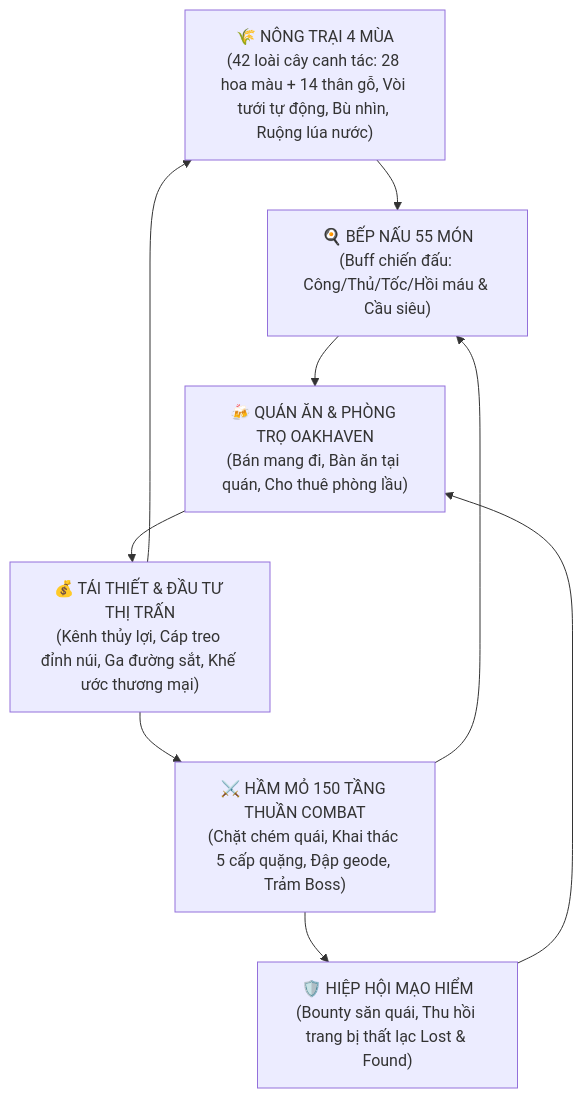
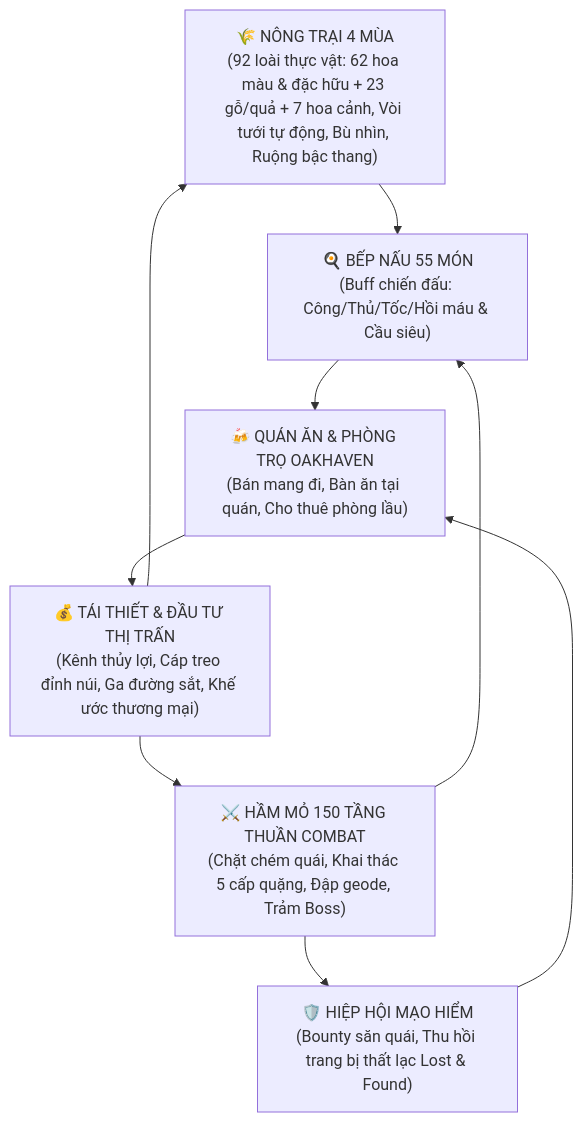
One commit to mquand/rowan-of-oakhaven-wiki changed the diagram in OAKHAVEN_DESIGN_COMPENDIUM.md. Above: the diagram before and after it, drawn with Mermaid. The commit also changed other lines of this file and 17 other files, not shown here.

````diff
--- a/OAKHAVEN_DESIGN_COMPENDIUM.md
+++ b/OAKHAVEN_DESIGN_COMPENDIUM.md
@@ -11,11 +11,11 @@
 ```mermaid
 flowchart TD
-    Farm["🌾 NÔNG TRẠI 4 MÙA<br/>(42 loài cây canh tác: 28 hoa màu + 14 thân gỗ, Vòi tưới tự động, Bù nhìn, Ruộng lúa nước)"] --> Kitchen["🍳 BẾP NẤU 55 MÓN<br/>(Buff chiến đấu: Công/Thủ/Tốc/Hồi máu & Cầu siêu)"]
+    Farm["🌾 NÔNG TRẠI 4 MÙA<br/>(92 loài thực vật: 62 hoa màu & đặc hữu + 23 gỗ/quả + 7 hoa cảnh, Vòi tưới tự động, Bù nhìn, Ruộng bậc thang)"] --> Kitchen["🍳 BẾP NẤU 55 MÓN<br/>(Buff chiến đấu: Công/Thủ/Tốc/Hồi máu & Cầu siêu)"]
     Mine["⚔️ HẦM MỎ 150 TẦNG THUẦN COMBAT<br/>(Chặt chém quái, Khai thác 5 cấp quặng, Đập geode, Trảm Boss)"] --> Kitchen
     Kitchen --> Tavern["🍻 QUÁN ĂN & PHÒNG TRỌ OAKHAVEN<br/>(Bán mang đi, Bàn ăn tại quán, Cho thuê phòng lầu)"]
     Tavern --> Invest["💰 TÁI THIẾT & ĐẦU TƯ THỊ TRẤN<br/>(Kênh thủy lợi, Cáp treo đỉnh núi, Ga đường sắt, Khế ước thương mại)"]
     Invest --> Farm
     Invest --> Mine
     Mine --> Guild["🛡️ HIỆP HỘI MẠO HIỂM<br/>(Bounty săn quái, Thu hồi trang bị thất lạc Lost & Found)"]
     Guild --> Tavern
 ```
````
